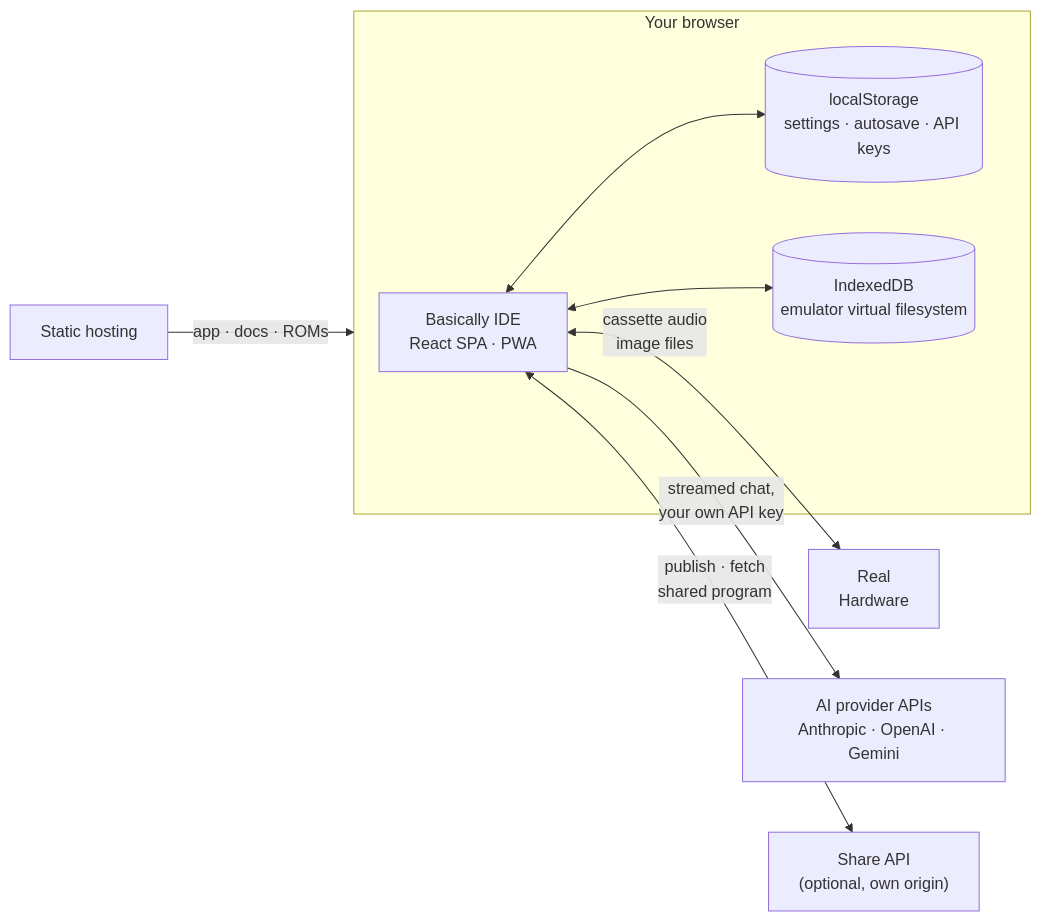
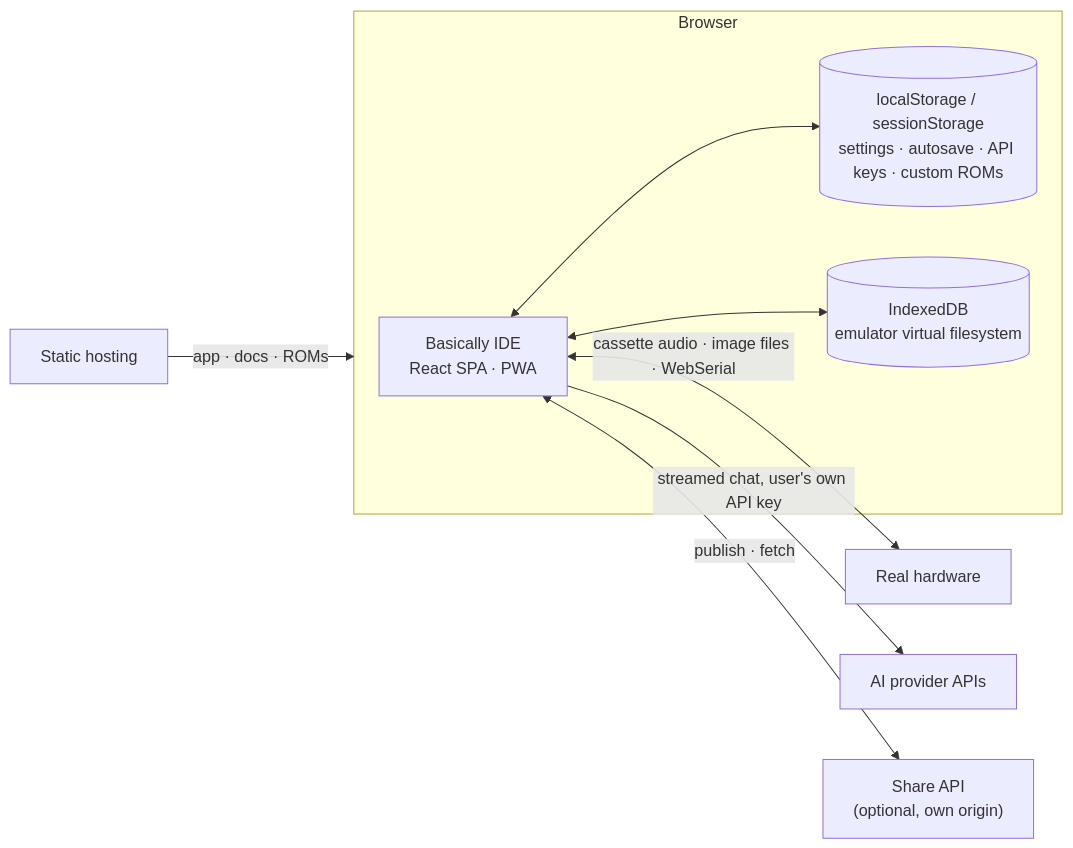
Before and after one commit to seanhodges/basically: the first of 12 diagrams in docs/contributing/architecture.md, drawn with Mermaid. The commit also changed other lines of this file and 4 other files, not shown here.

````diff
--- a/docs/contributing/architecture.md
+++ b/docs/contributing/architecture.md
@@ -38,15 +21,15 @@
 ```mermaid
 flowchart LR
-  subgraph browser ["Your browser"]
+  subgraph browser ["Browser"]
     ide["Basically IDE<br/>React SPA · PWA"]
-    ls[("localStorage<br/>settings · autosave · API keys")]
+    ls[("localStorage / sessionStorage<br/>settings · autosave · API keys · custom ROMs")]
     idb[("IndexedDB<br/>emulator virtual filesystem")]
     ide <--> ls
     ide <--> idb
   end
 
   host["Static hosting"] -->|"app · docs · ROMs"| browser
-  ide <-->|"cassette audio <br/> image files"| hw["Real<br/>Hardware"]
-  ide -->|"streamed chat,<br/>your own API key"| ai["AI provider APIs<br/>Anthropic · OpenAI · Gemini"]
-  ide <-->|"publish · fetch<br/>shared program"| share["Share API<br/>(optional, own origin)"]
+  ide <-->|"cassette audio · image files · WebSerial"| hw["Real hardware"]
+  ide -->|"streamed chat, user's own API key"| ai["AI provider APIs"]
+  ide <-->|"publish · fetch"| share["Share API<br/>(optional, own origin)"]
 ```
````
